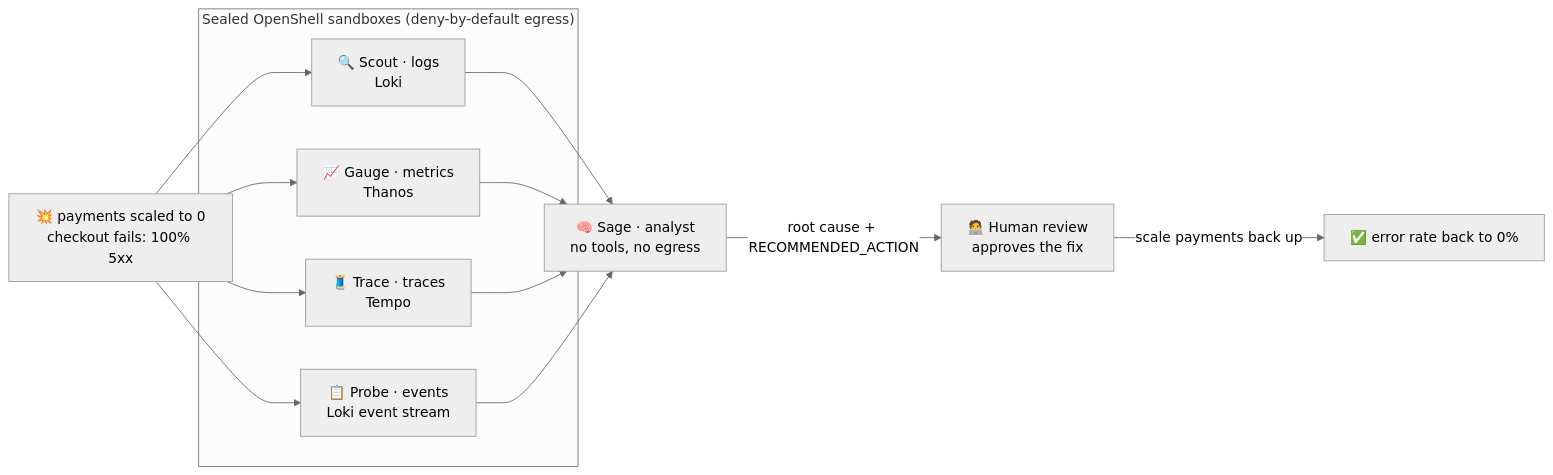
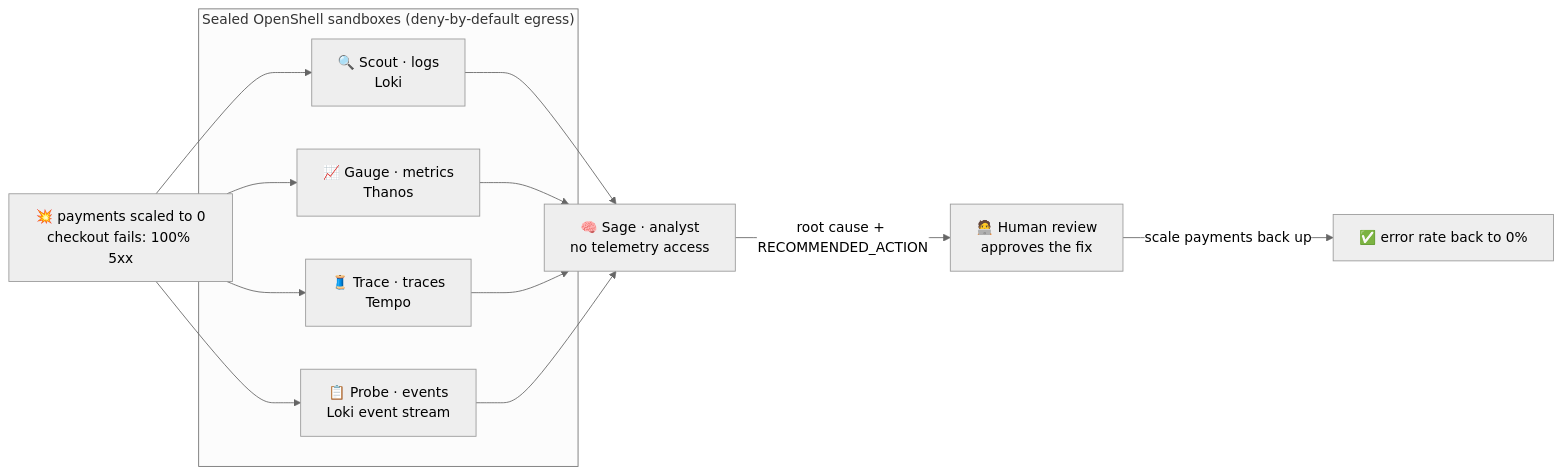
Before and after one commit to rh-ai-quickstart/aiops-sandboxed-agent-fleet: the first of 3 diagrams in README.md, drawn with Mermaid (neutral theme). The commit also changed other lines of this file and 48 other files, not shown here.

First line of the commit message:
Audit every lesson and diagram against OpenShell 0.1.6 and OpenClaw 2026.8.2

````diff
--- a/README.md
+++ b/README.md
@@ -74,17 +74,17 @@
 ```mermaid
 flowchart LR
     outage["💥 payments scaled to 0<br/>checkout fails: 100% 5xx"]
     subgraph fleet["Sealed OpenShell sandboxes (deny-by-default egress)"]
         scout["🔍 Scout · logs<br/>Loki"]
         gauge["📈 Gauge · metrics<br/>Thanos"]
         trace["🧵 Trace · traces<br/>Tempo"]
         probe["📋 Probe · events<br/>Loki event stream"]
     end
-    sage["🧠 Sage · analyst<br/>no tools, no egress"]
+    sage["🧠 Sage · analyst<br/>no telemetry access"]
     human["🧑‍💻 Human review<br/>approves the fix"]
     ok["✅ error rate back to 0%"]
     outage --> scout & gauge & trace & probe
     scout & gauge & trace & probe --> sage
     sage -->|"root cause + RECOMMENDED_ACTION"| human
     human -->|"scale payments back up"| ok
 ```
````
